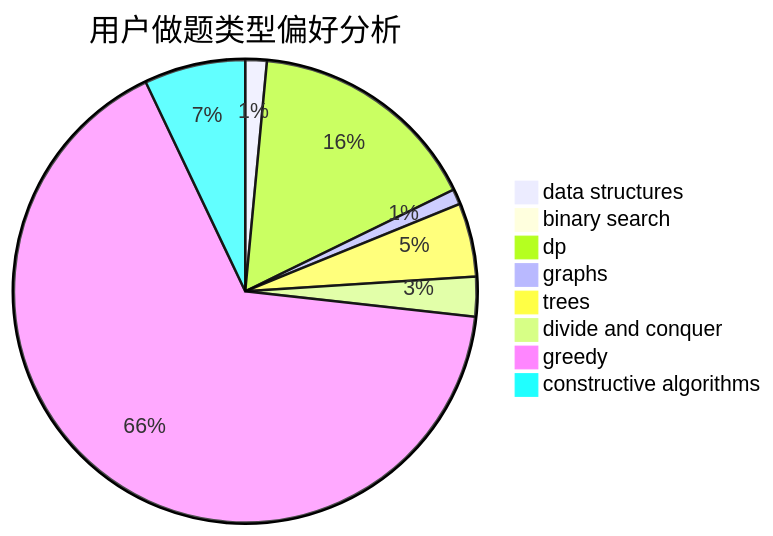
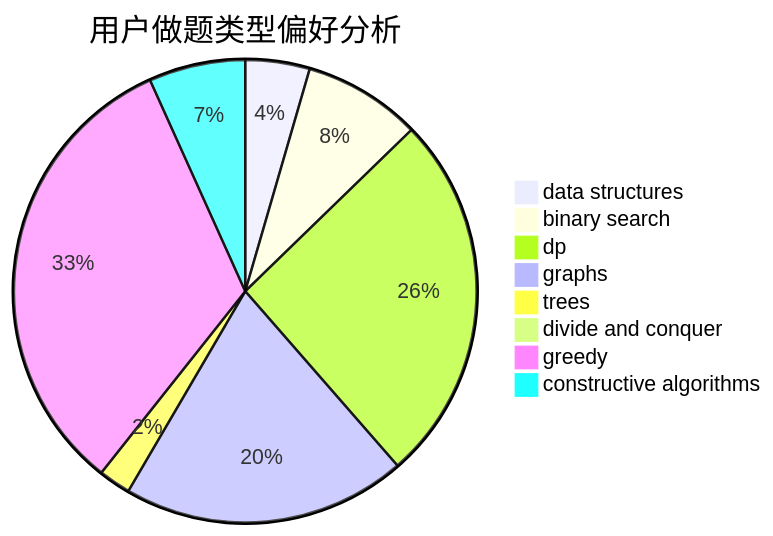
One commit to sherpahu/cfrs.github.io changed the second of 3 diagrams in docs/user/u179.md. Above: the diagram before and after it, drawn with Mermaid. The commit also changed other lines of this file and 2770 other files, not shown here.

````diff
--- a/docs/user/u179.md
+++ b/docs/user/u179.md
@@ -23,11 +23,11 @@
 ```mermaid
 pie title 用户做题类型偏好分析
-    "data structures" :  7
-    "binary search" :  0
-    "dp" :  76
-    "graphs" :  5
-    "trees" :  24
-    "divide and conquer" :  13
-    "greedy" :  309
-    "constructive algorithms" :  33
+    "data structures" :  12
+    "binary search" :  22
+    "dp" :  69
+    "graphs" :  53
+    "trees" :  6
+    "divide and conquer" :  0
+    "greedy" :  87
+    "constructive algorithms" :  18
 ```
````
